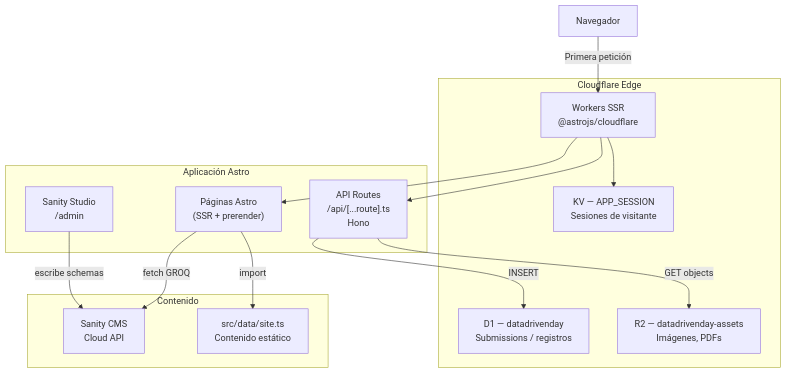
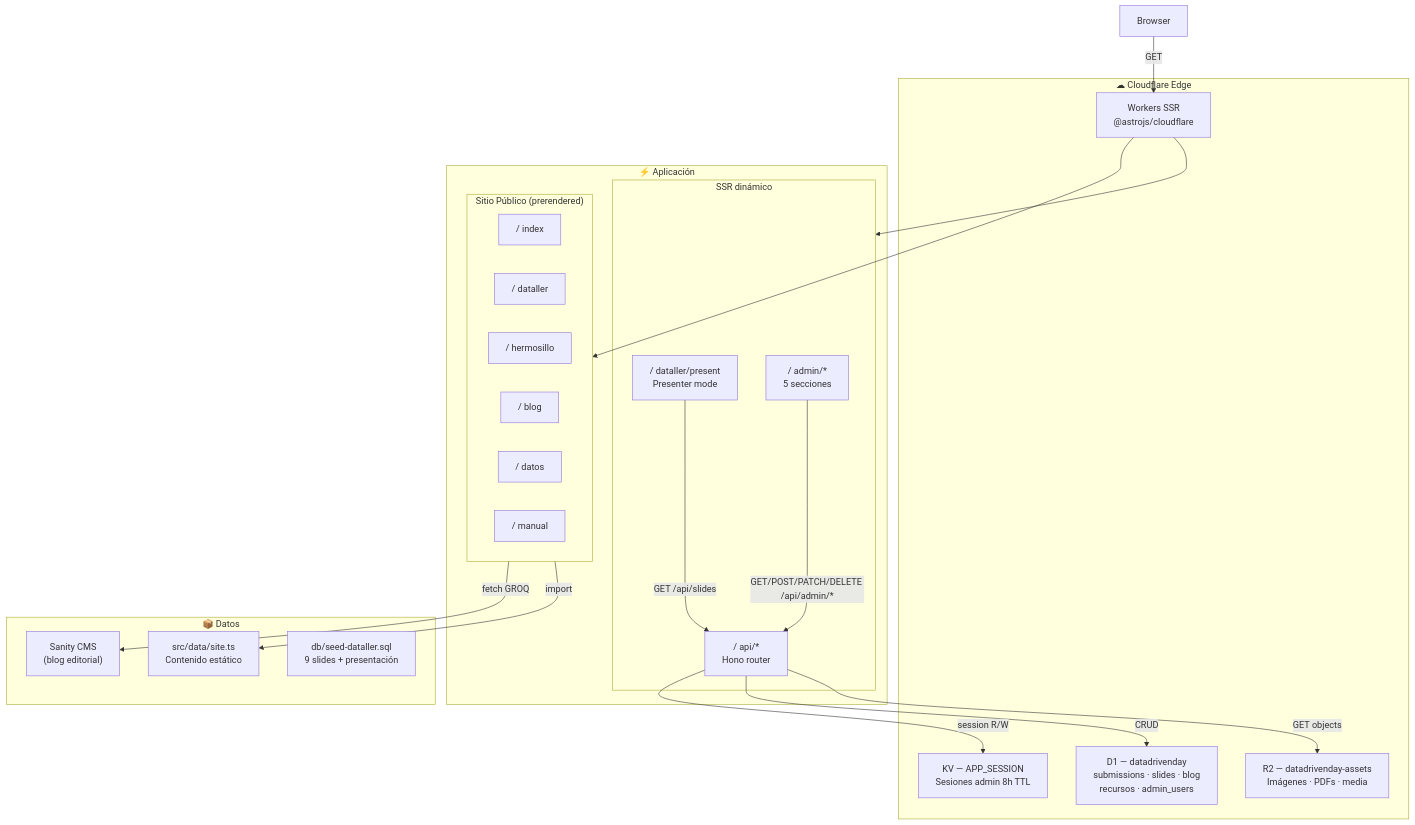
Before and after one commit to badouintec/datadrivenday: the first of 8 diagrams in README.md, drawn with Mermaid. The commit also changed other lines of this file and 2 other files, not shown here.

Commit message:
Add presenter mode and refresh docs

````diff
--- a/README.md
+++ b/README.md
@@ -27,30 +31,42 @@
 ```mermaid
 graph TD
-    subgraph Edge["Cloudflare Edge"]
+    subgraph Edge["☁ Cloudflare Edge"]
         W["Workers SSR\n@astrojs/cloudflare"]
-        KV["KV — APP_SESSION\nSesiones de visitante"]
-        D1["D1 — datadrivenday\nSubmissions / registros"]
-        R2["R2 — datadrivenday-assets\nImágenes, PDFs"]
+        KV["KV — APP_SESSION\nSesiones admin 8h TTL"]
+        D1["D1 — datadrivenday\nsubmissions · slides · blog\nrecursos · admin_users"]
+        R2["R2 — datadrivenday-assets\nImágenes · PDFs · media"]
     end
 
-    subgraph App["Aplicación Astro"]
-        Pages["Páginas Astro\n(SSR + prerender)"]
-        API["API Routes\n/api/[...route].ts\nHono"]
-        CMS["Sanity Studio\n/admin"]
+    subgraph App["⚡ Aplicación"]
+        subgraph Public["Sitio Público (prerendered)"]
+            PI["/ index"]
+            PD["/ dataller"]
+            PH["/ hermosillo"]
+            PB["/ blog"]
+            PR["/ datos"]
+            PM["/ manual"]
+        end
+        subgraph SSR["SSR dinámico"]
+            PP["/ dataller/present\nPresenter mode"]
+            ADMIN["/ admin/*\n5 secciones"]
+            API["/ api/*\nHono router"]
+        end
     end
 
-    subgraph Content["Contenido"]
-        Sanity["Sanity CMS\nCloud API"]
+    subgraph Content["📦 Datos"]
+        Sanity["Sanity CMS\n(blog editorial)"]
         SiteTS["src/data/site.ts\nContenido estático"]
+        Seed["db/seed-dataller.sql\n9 slides + presentación"]
     end
 
-    Browser["Navegador"] -->|Primera petición| W
-    W --> Pages
-    W --> API
-    API -->|INSERT| D1
+    Browser -->|GET| W
+    W --> Public
+    W --> SSR
+    API -->|CRUD| D1
+    API -->|session R/W| KV
     API -->|GET objects| R2
-    Pages -->|fetch GROQ| Sanity
-    Pages -->|import| SiteTS
-    W --> KV
-    CMS -->|escribe schemas| Sanity
+    Public -->|fetch GROQ| Sanity
+    Public -->|import| SiteTS
+    PP -->|GET /api/slides| API
+    ADMIN -->|GET/POST/PATCH/DELETE /api/admin/*| API
 ```
````
